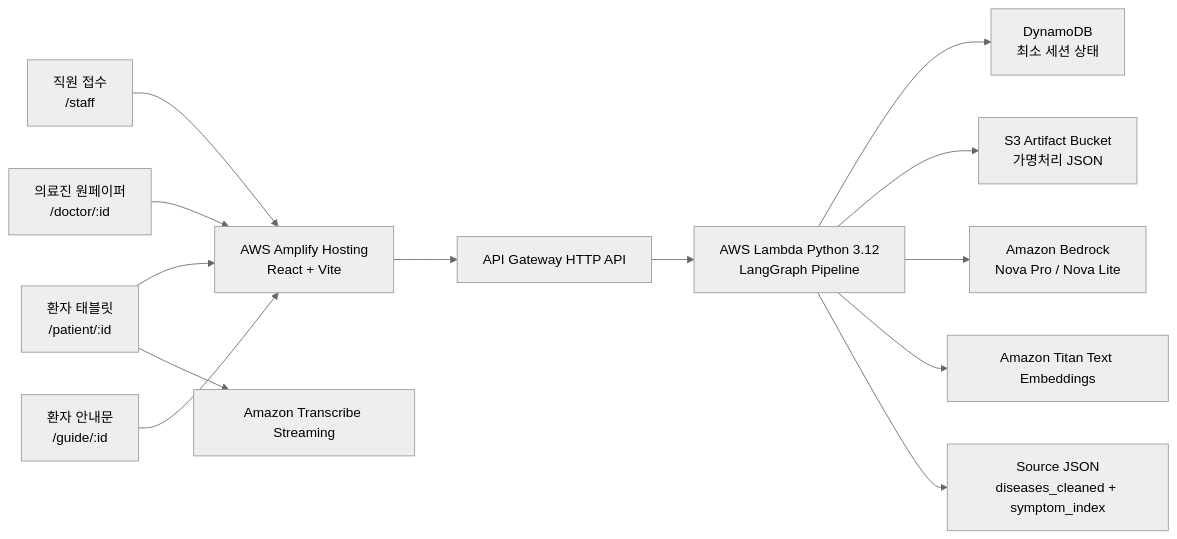
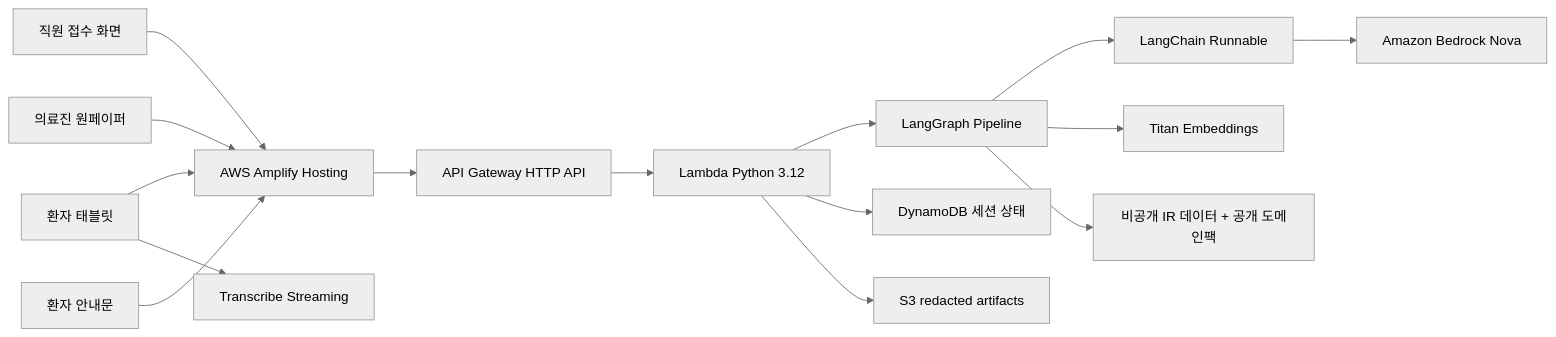
One commit to X-AI-KNU/munjin-talk-talk changed the diagram in README.md. Above: the diagram before and after it, drawn with Mermaid (neutral theme). The commit also changed other lines of this file and 19 other files, not shown here.

Commit message:
README에 최신 아키텍처 구조도 반영

````diff
--- a/README.md
+++ b/README.md
@@ -88,30 +81,31 @@
 ```mermaid
 flowchart LR
-  Staff["직원 접수<br/>/staff"]
-  Tablet["환자 태블릿<br/>/patient/:id"]
-  Doctor["의료진 원페이퍼<br/>/doctor/:id"]
-  Guide["환자 안내문<br/>/guide/:id"]
-
-  Amplify["AWS Amplify Hosting<br/>React + Vite"]
+  Staff["직원 접수 화면"]
+  Tablet["환자 태블릿"]
+  Doctor["의료진 원페이퍼"]
+  Guide["환자 안내문"]
+  Amplify["AWS Amplify Hosting"]
   Api["API Gateway HTTP API"]
-  Lambda["AWS Lambda Python 3.12<br/>LangGraph Pipeline"]
-  Dynamo["DynamoDB<br/>최소 세션 상태"]
-  S3["S3 Artifact Bucket<br/>가명처리 JSON"]
-  Transcribe["Amazon Transcribe Streaming"]
-  Bedrock["Amazon Bedrock<br/>Nova Pro / Nova Lite"]
-  Titan["Amazon Titan Text Embeddings"]
-  SourceData["Source JSON<br/>diseases_cleaned + symptom_index"]
+  Lambda["Lambda Python 3.12"]
+  Graph["LangGraph Pipeline"]
+  Chain["LangChain Runnable"]
+  Bedrock["Amazon Bedrock Nova"]
+  Titan["Titan Embeddings"]
+  Transcribe["Transcribe Streaming"]
+  Dynamo["DynamoDB 세션 상태"]
+  S3["S3 redacted artifacts"]
+  Data["비공개 IR 데이터 + 공개 도메인팩"]
 
   Staff --> Amplify
   Tablet --> Amplify
   Doctor --> Amplify
   Guide --> Amplify
-  Amplify --> Api
-  Api --> Lambda
+  Amplify --> Api --> Lambda
   Tablet --> Transcribe
+  Lambda --> Graph
+  Graph --> Chain --> Bedrock
+  Graph --> Titan
+  Graph --> Data
   Lambda --> Dynamo
   Lambda --> S3
-  Lambda --> Bedrock
-  Lambda --> Titan
-  Lambda --> SourceData
 ```
````
